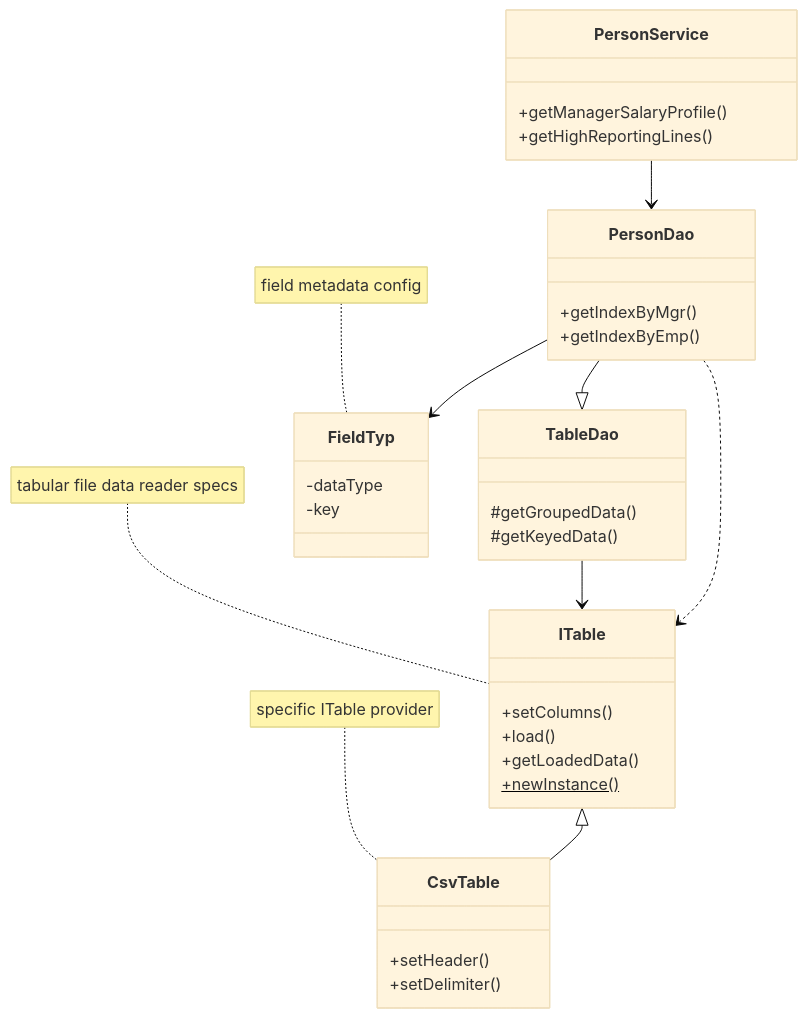
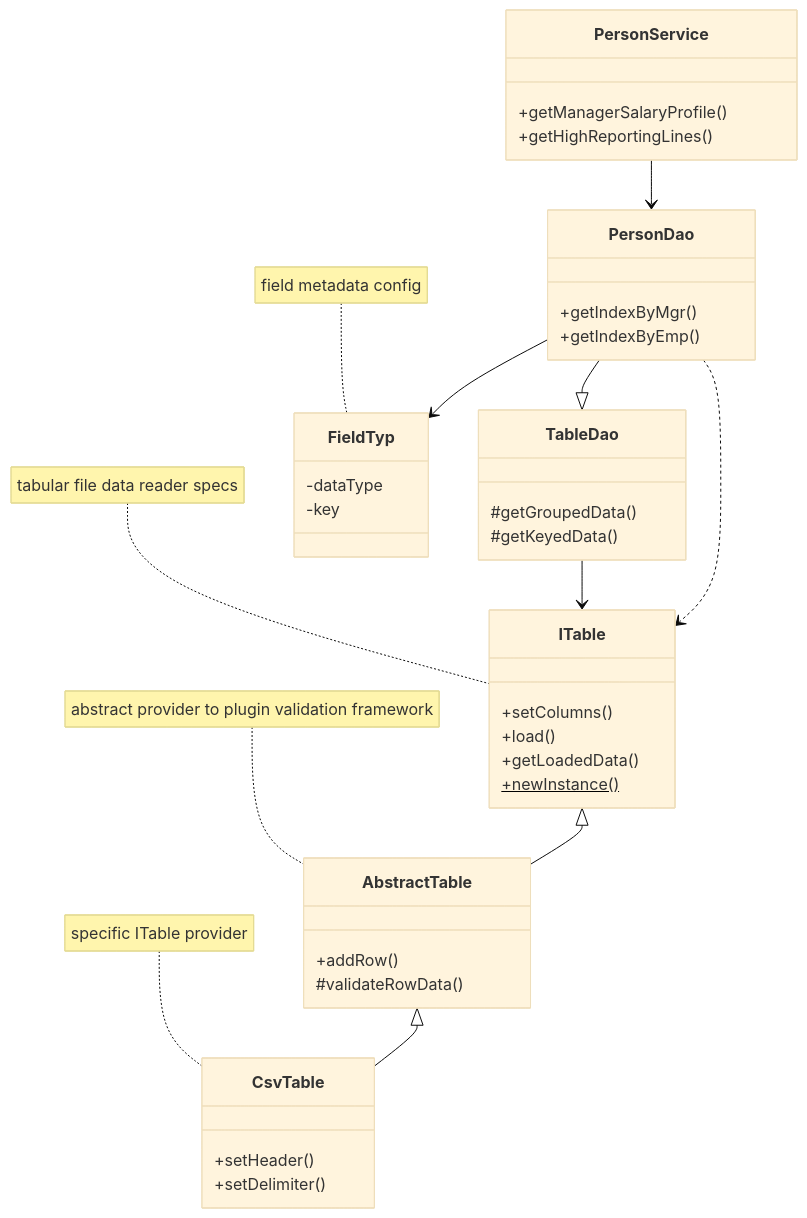
Before and after one commit to javanotes/big-reports: the first of 2 diagrams in README.md, drawn with Mermaid (base theme).

Commit message:
Update class diagram to include AbstractTable
Added AbstractTable class to the class diagram in README.

````diff
--- a/README.md
+++ b/README.md
@@ -8,40 +8,47 @@
 ```mermaid
   classDiagram
-    ITable <|-- CsvTable
+    ITable <|-- AbstractTable
+    AbstractTable <|-- CsvTable
     TableDao --> ITable
     PersonDao --|> TableDao
     PersonDao ..> ITable
     PersonDao --> FieldTyp
     PersonService --> PersonDao
     note for FieldTyp "field metadata config"
     note for ITable "tabular file data reader specs"
     note for CsvTable "specific ITable provider"
-    
+    note for AbstractTable "abstract provider to plugin validation framework"
+
     class ITable{
         +setColumns()
         +load()
         +getLoadedData()
         +newInstance()$
     }
     class CsvTable{
         +setHeader()
         +setDelimiter()
+       
+    }
+class AbstractTable{
+        +addRow()
+        #validateRowData()
        
     }
 class TableDao{
   #getGroupedData()
   #getKeyedData()
 }
 class PersonDao{
   +getIndexByMgr()
   +getIndexByEmp()
 }
 class PersonService{
   +getManagerSalaryProfile()
   +getHighReportingLines()
 }
 class FieldTyp{
   -dataType
   -key
 }
 ```
````
